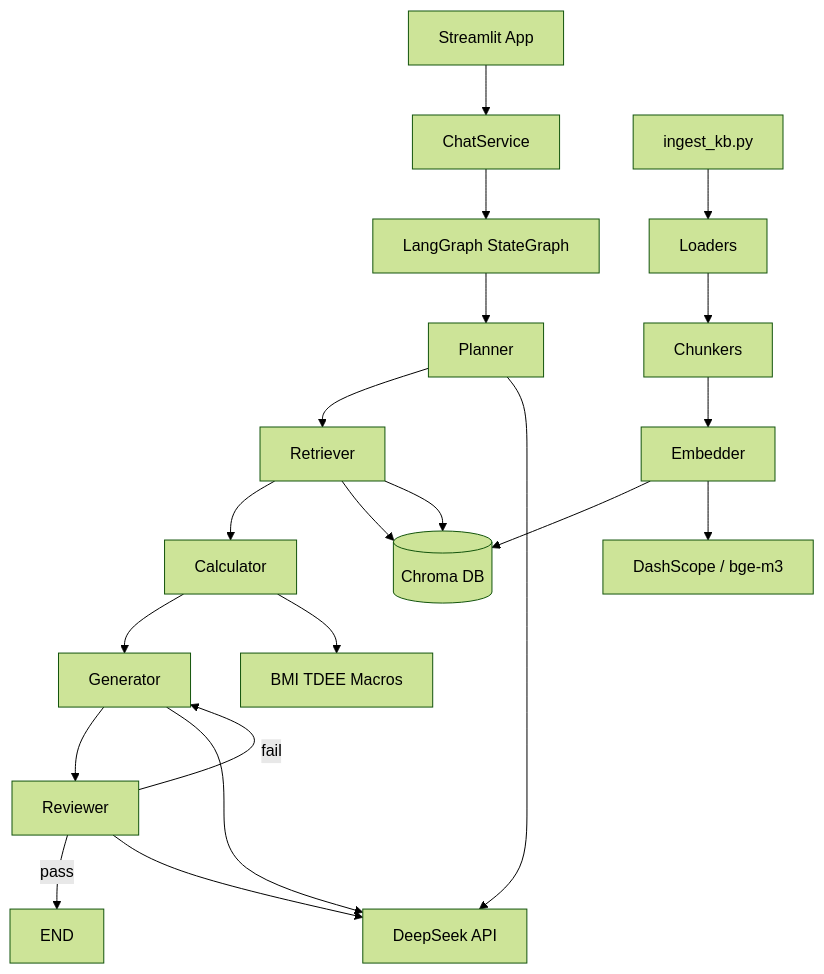
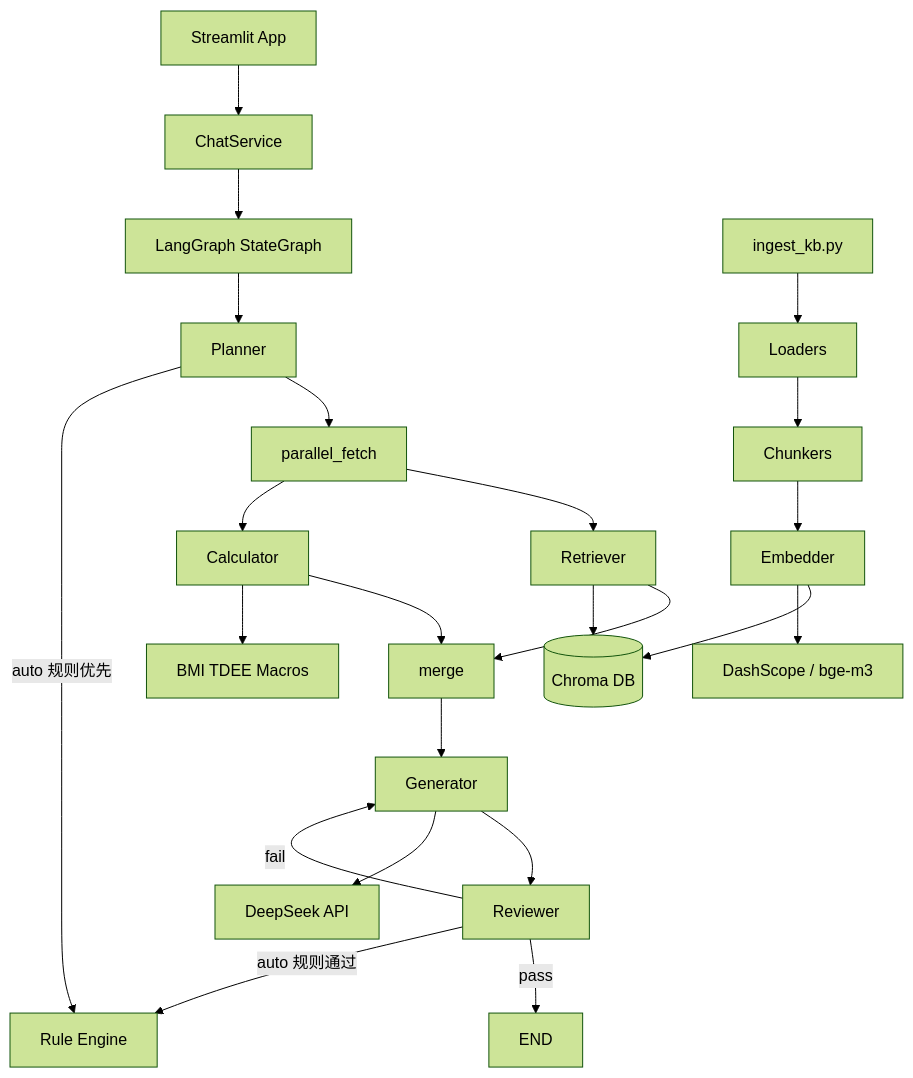
Before and after one commit to huyibl/multi-agent-: the diagram in docs/architecture.md, drawn with Mermaid (forest theme). The commit also changed other lines of this file and 37 other files, not shown here.

````diff
--- a/docs/architecture.md
+++ b/docs/architecture.md
@@ -7,14 +7,20 @@
 ```mermaid
 flowchart TB
     UI[Streamlit App] --> ChatService
     ChatService --> Graph[LangGraph StateGraph]
-    Graph --> Planner --> Retriever --> Calculator --> Generator --> Reviewer
+    Graph --> Planner --> FanOut[parallel_fetch]
+    FanOut --> Retriever
+    FanOut --> Calculator
+    Retriever --> Merge[merge]
+    Calculator --> Merge
+    Merge --> Generator --> Reviewer
     Reviewer -->|fail| Generator
     Reviewer -->|pass| END_NODE[END]
     Retriever --> Chroma[(Chroma DB)]
     Calculator --> Tools[BMI TDEE Macros]
-    Planner & Generator & Reviewer --> DeepSeek[DeepSeek API]
-    Retriever --> Chroma
+    Planner -->|auto 规则优先| Rules[Rule Engine]
+    Generator --> DeepSeek[DeepSeek API]
+    Reviewer -->|auto 规则通过| Rules
     Ingest[ingest_kb.py] --> Loaders --> Chunkers --> Embedder --> Chroma
     Embedder --> DashScope[DashScope / bge-m3]
 ```
````
